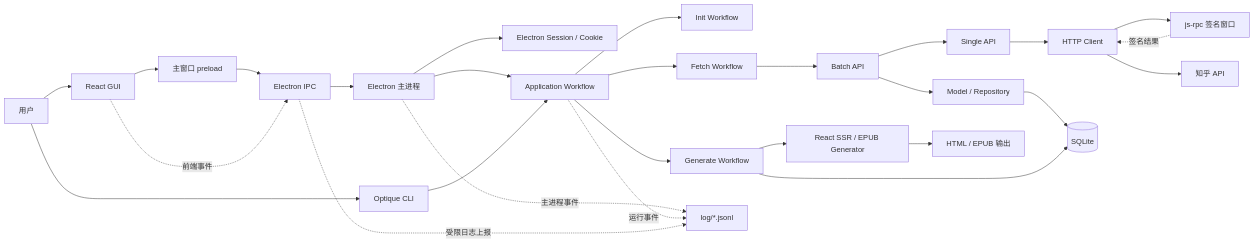
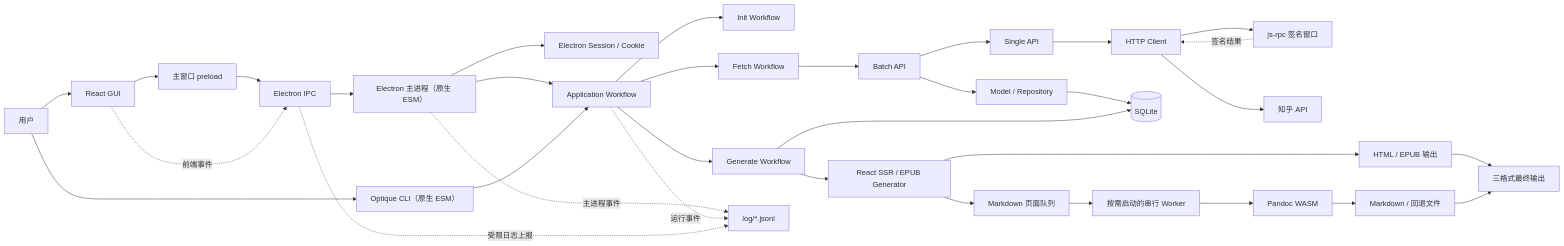
One commit to YaoZeyuan/zhihuhelp changed the diagram in doc/dev/architecture.md. Above: the diagram before and after it, drawn with Mermaid. The commit also changed other lines of this file and 143 other files, not shown here.

````diff
--- a/doc/dev/architecture.md
+++ b/doc/dev/architecture.md
@@ -18,32 +18,38 @@
 ```mermaid
 flowchart LR
   User["用户"] --> GUI["React GUI"]
-  User --> CLI["Optique CLI"]
+  User --> CLI["Optique CLI（原生 ESM）"]
 
   GUI --> Preload["主窗口 preload"]
   Preload --> IPC["Electron IPC"]
-  IPC --> Main["Electron 主进程"]
+  IPC --> Main["Electron 主进程（原生 ESM）"]
   Main --> Session["Electron Session / Cookie"]
   Main --> Workflow["Application Workflow"]
   CLI --> Workflow
 
   Workflow --> Init["Init Workflow"]
   Workflow --> Fetch["Fetch Workflow"]
   Workflow --> Generate["Generate Workflow"]
   Fetch --> Batch["Batch API"]
   Batch --> Single["Single API"]
   Single --> HTTP["HTTP Client"]
   HTTP --> Sign["js-rpc 签名窗口"]
   Sign -.->|签名结果| HTTP
   HTTP --> Zhihu["知乎 API"]
   Batch --> Model["Model / Repository"]
   Model --> DB[("SQLite")]
   Generate --> DB
   Generate --> Render["React SSR / EPUB Generator"]
-  Render --> Output["HTML / EPUB 输出"]
+  Render --> HtmlEpub["HTML / EPUB 输出"]
+  Render --> MarkdownQueue["Markdown 页面队列"]
+  MarkdownQueue --> Worker["按需启动的串行 Worker"]
+  Worker --> Pandoc["Pandoc WASM"]
+  Pandoc --> Markdown["Markdown / 回退文件"]
+  HtmlEpub --> Output["三格式最终输出"]
+  Markdown --> Output
 
   GUI -.->|前端事件| IPC
   Main -.->|主进程事件| Logs["log/*.jsonl"]
   Workflow -.->|运行事件| Logs
   IPC -.->|受限日志上报| Logs
 ```
````
